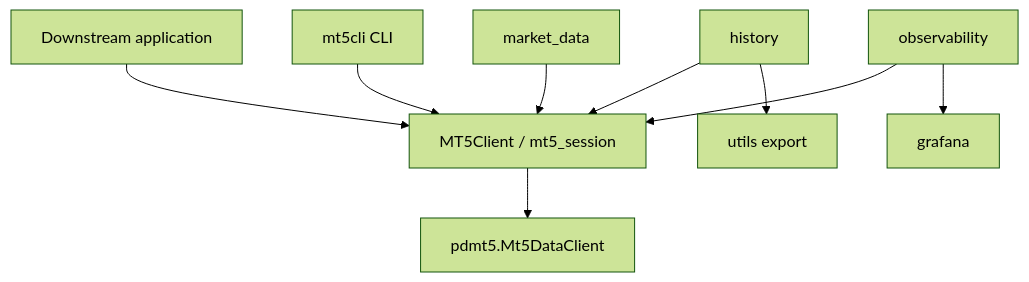
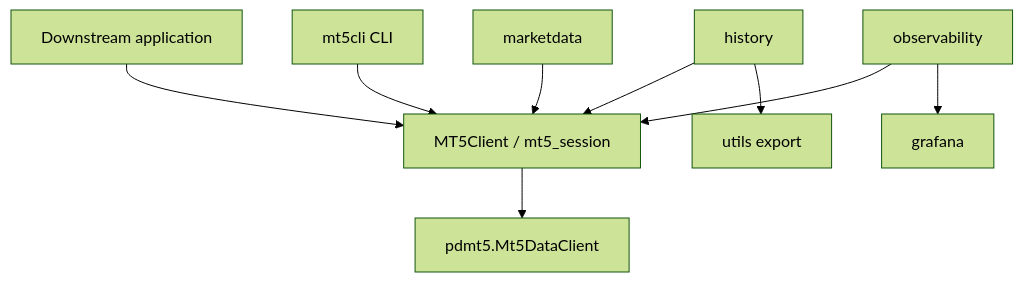
One commit to dceoy/mt5cli changed the diagram in docs/api/index.md. Above: the diagram before and after it, drawn with Mermaid (forest theme). The commit also changed other lines of this file and 11 other files, not shown here.

First line of the commit message:
refactor: normalize market_data module name to marketdata

````diff
--- a/docs/api/index.md
+++ b/docs/api/index.md
@@ -29,11 +29,11 @@
 ```mermaid
 flowchart TD
     App["Downstream application"] --> Client["MT5Client / mt5_session"]
     CLI["mt5cli CLI"] --> Client
     Client --> PDMT5["pdmt5.Mt5DataClient"]
-    MarketData["market_data"] --> Client
+    MarketData["marketdata"] --> Client
     History["history"] --> Client
     Observability["observability"] --> Client
     Observability --> Grafana["grafana"]
     History --> Utils["utils export"]
 ```
````
